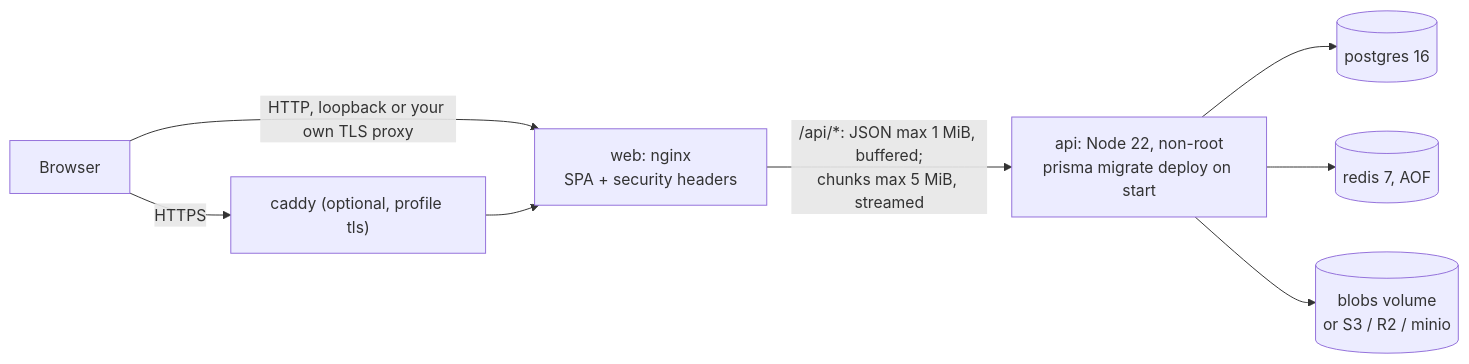
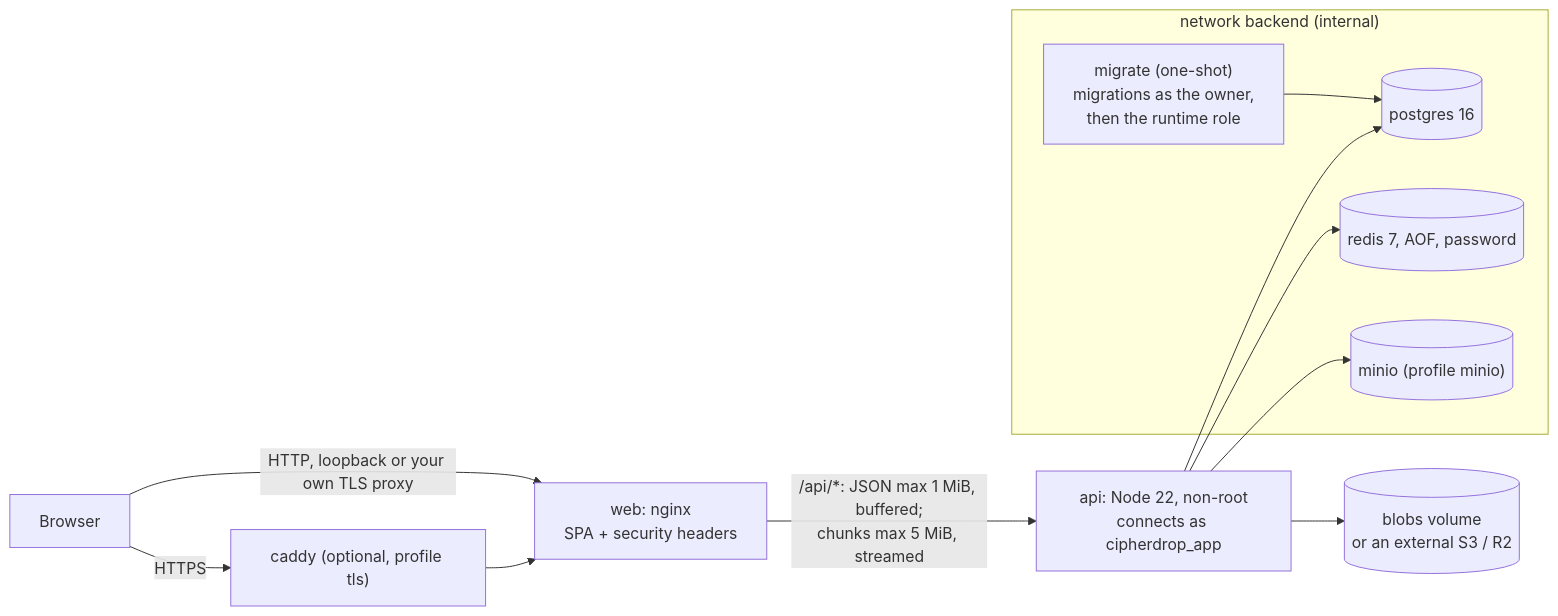
The first of 2 diagrams in docs/DEPLOYMENT.md (exotic-Siddharth/cipherdrop), drawn with Mermaid before and after one commit. The commit also changed other lines of this file and 1 other file, not shown here.

````diff
--- a/docs/DEPLOYMENT.md
+++ b/docs/DEPLOYMENT.md
@@ -15,10 +15,18 @@
 ```mermaid
 flowchart LR
   B[Browser] -->|HTTPS| C["caddy (optional, profile tls)"]
   B -->|HTTP, loopback or your own TLS proxy| W
   C --> W["web: nginx<br/>SPA + security headers"]
-  W -->|"/api/*: JSON max 1 MiB, buffered;<br/>chunks max 5 MiB, streamed"| A["api: Node 22, non-root<br/>prisma migrate deploy on start"]
-  A --> P[(postgres 16)]
-  A --> R[(redis 7, AOF)]
-  A --> S[("blobs volume<br/>or S3 / R2 / minio")]
+  W -->|"/api/*: JSON max 1 MiB, buffered;<br/>chunks max 5 MiB, streamed"| A["api: Node 22, non-root<br/>connects as cipherdrop_app"]
+  subgraph backend ["network backend (internal)"]
+    M["migrate (one-shot)<br/>migrations as the owner,<br/>then the runtime role"]
+    P[(postgres 16)]
+    R[(redis 7, AOF, password)]
+    S[("minio (profile minio)")]
+  end
+  M --> P
+  A --> P
+  A --> R
+  A --> S
+  A --> V[("blobs volume<br/>or an external S3 / R2")]
 ```
````
